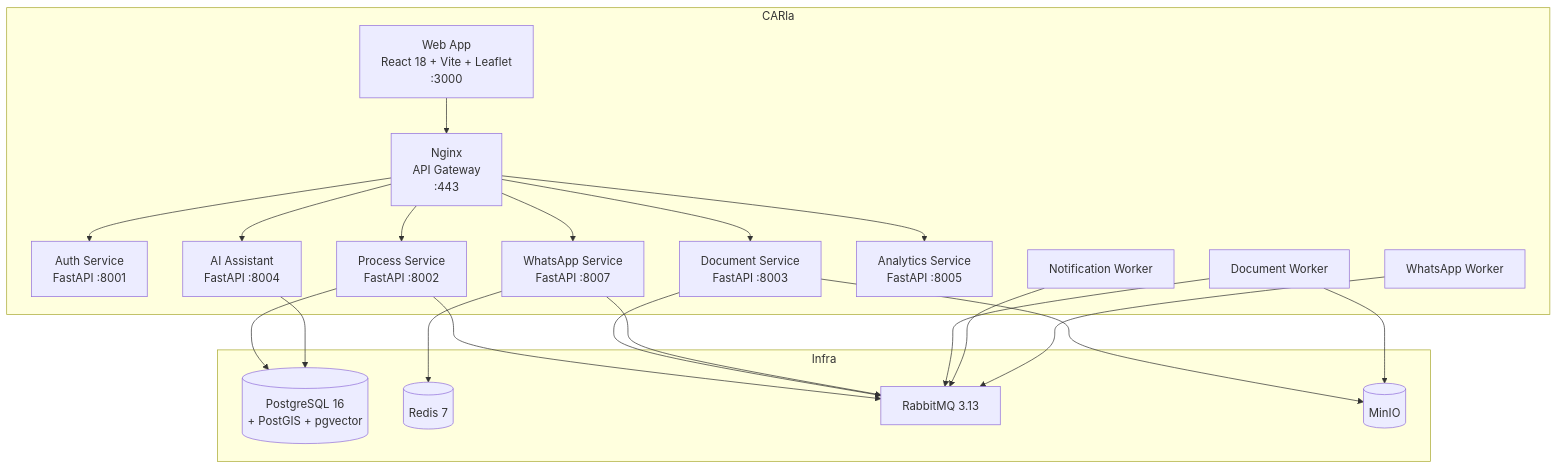
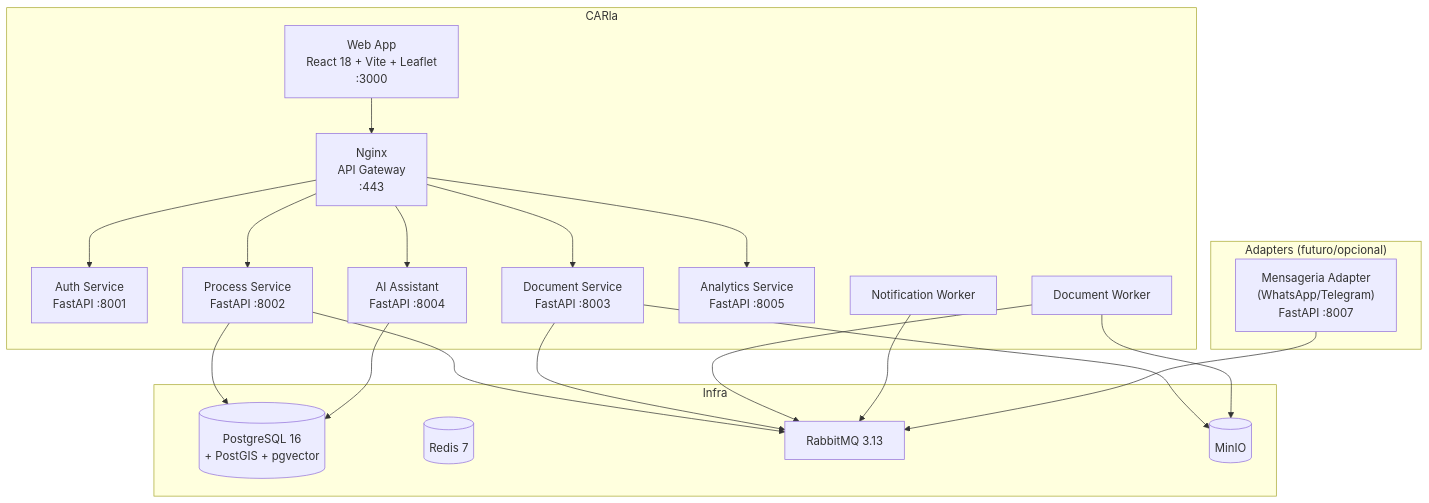
The second of 2 diagrams in website/docs/arquitetura/visao-geral.md (gresas/carla-cadastro-rural), drawn with Mermaid before and after one commit. The commit also changed other lines of this file and 32 other files, not shown here.

First line of the commit message:
docs: atualizar paradigma do canal WhatsApp → interface web própria

````diff
--- a/website/docs/arquitetura/visao-geral.md
+++ b/website/docs/arquitetura/visao-geral.md
@@ -33,42 +33,40 @@
 ```mermaid
 graph TB
     subgraph CARla
         WEB["Web App\nReact 18 + Vite + Leaflet\n:3000"]
         NGX["Nginx\nAPI Gateway\n:443"]
         AUTH["Auth Service\nFastAPI :8001"]
         PROC["Process Service\nFastAPI :8002"]
         DOC["Document Service\nFastAPI :8003"]
         AI["AI Assistant\nFastAPI :8004"]
-        WPP["WhatsApp Service\nFastAPI :8007"]
         ANA["Analytics Service\nFastAPI :8005"]
         DW["Document Worker"]
         NW["Notification Worker"]
-        WW["WhatsApp Worker"]
+    end
+    subgraph "Adapters (futuro/opcional)"
+        WPP["Mensageria Adapter\n(WhatsApp/Telegram)\nFastAPI :8007"]
     end
 
     subgraph Infra
         PG[(PostgreSQL 16\n+ PostGIS + pgvector)]
         RD[(Redis 7)]
         RMQ[RabbitMQ 3.13]
         MN[(MinIO)]
     end
 
     WEB --> NGX
     NGX --> AUTH
     NGX --> PROC
     NGX --> DOC
     NGX --> AI
-    NGX --> WPP
     NGX --> ANA
     PROC --> PG
     PROC --> RMQ
     DOC --> MN
     DOC --> RMQ
     AI --> PG
-    WPP --> RD
-    WPP --> RMQ
     DW --> RMQ
     DW --> MN
     NW --> RMQ
-    WW --> RMQ
+    WPP --> RMQ
 ```
````
